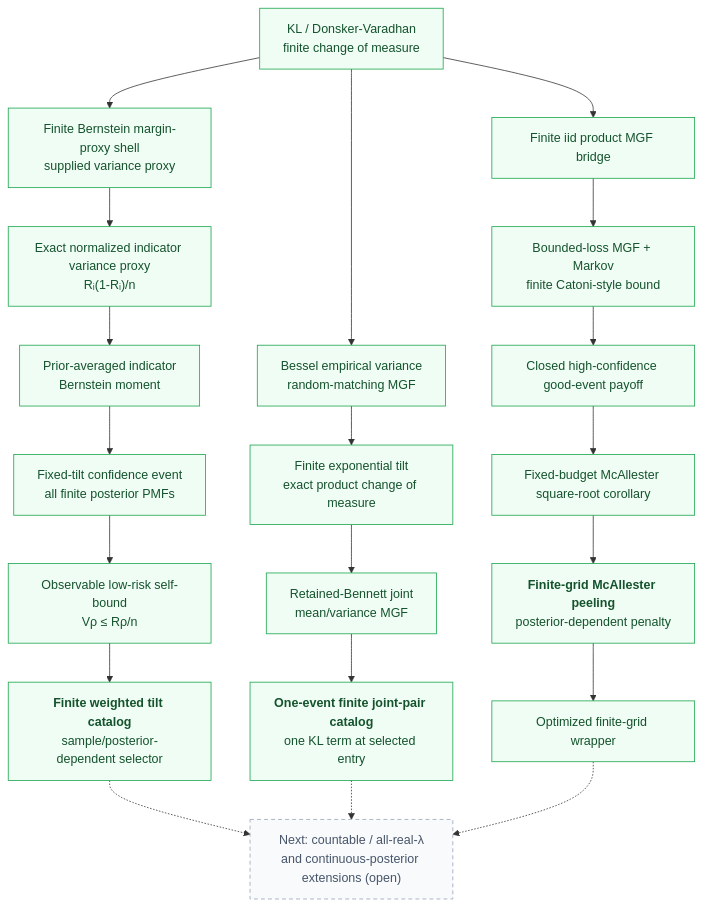
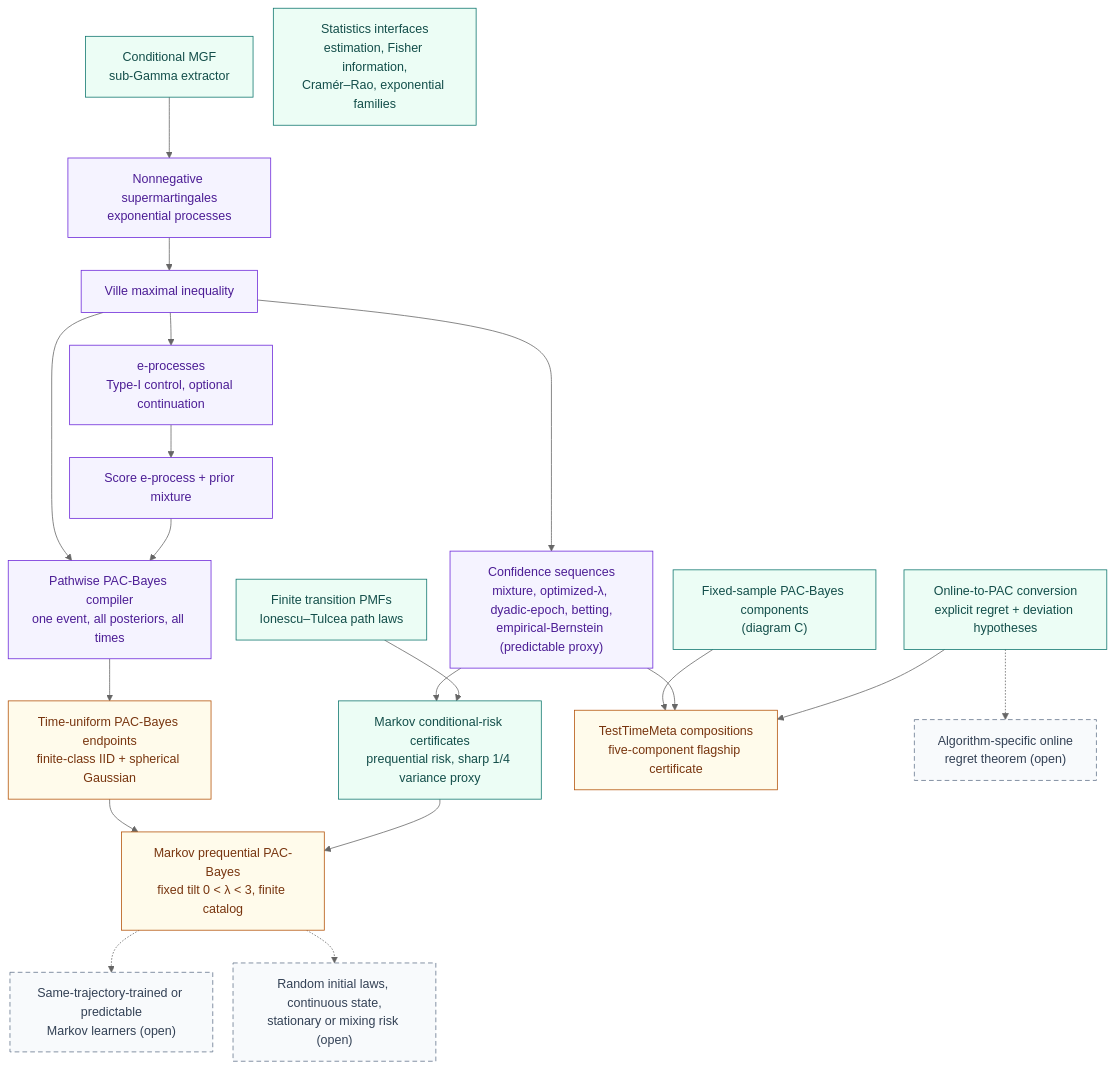
One commit to Robby955/FormalSLT changed the fourth of 4 diagrams in docs/diagrams.md. Above: the diagram before and after it, drawn with Mermaid. The commit also changed other lines of this file and 4 other files, not shown here.

First line of the commit message:
docs: refresh visual theorem map to current checked surface

````diff
--- a/docs/diagrams.md
+++ b/docs/diagrams.md
@@ -195,33 +176,50 @@
 ```mermaid
+%%{init: {'theme': 'neutral', 'flowchart': {'rankSpacing': 42, 'nodeSpacing': 26}}}%%
 flowchart TD
-    kl["KL / Donsker-Varadhan<br/>finite change of measure"]
-    mgf["Finite iid product MGF bridge"]
-    catoni["Bounded-loss MGF + Markov<br/>finite Catoni-style bound"]
-    payoff["Closed high-confidence good-event payoff"]
-    fixed["Fixed-budget McAllester square-root corollary"]
-    peeling["<b>Finite-grid McAllester peeling</b><br/>posterior-dependent penalty"]
-    optimized["Optimized finite-grid wrapper"]
-    bernstein["Finite Bernstein margin-proxy shell<br/>supplied variance proxy"]
-    variance["Exact normalized indicator variance proxy<br/>Rᵢ(1-Rᵢ)/n"]
-    moment["Prior-averaged indicator<br/>Bernstein moment"]
-    confidence["Fixed-tilt confidence event<br/>all finite posterior PMFs"]
-    lowrisk["Observable low-risk self-bound<br/>Vρ ≤ Rρ/n"]
-    catalog["<b>Finite weighted tilt catalog</b><br/>sample/posterior-dependent selector"]
-    empvar["Bessel empirical variance<br/>random-matching MGF"]
-    exptilt["Finite exponential tilt<br/>exact product change of measure"]
-    jointmgf["Retained-Bennett joint<br/>mean/variance MGF"]
-    jointcatalog["<b>One-event finite joint-pair catalog</b><br/>one KL term at selected entry"]
-    future["Next: countable / all-real-λ<br/>and continuous-posterior extensions (open)"]
+    condmgf["Conditional MGF<br/>sub-Gamma extractor"]
+    supermart["Nonnegative supermartingales<br/>exponential processes"]
+    ville["Ville maximal inequality"]
+    eproc["e-processes<br/>Type-I control, optional continuation"]
+    cs["Confidence sequences<br/>mixture, optimized-λ, dyadic-epoch, betting,<br/>empirical-Bernstein (predictable proxy)"]
+    score["Score e-process + prior mixture"]
+    pathwise["Pathwise PAC-Bayes compiler<br/>one event, all posteriors, all times"]
+    tu["Time-uniform PAC-Bayes endpoints<br/>finite-class IID + spherical Gaussian"]
+    pathlaw["Finite transition PMFs<br/>Ionescu–Tulcea path laws"]
+    markovrisk["Markov conditional-risk certificates<br/>prequential risk, sharp 1/4 variance proxy"]
+    markovpb["Markov prequential PAC-Bayes<br/>fixed tilt 0 &lt; λ &lt; 3, finite catalog"]
+    otp["Online-to-PAC conversion<br/>explicit regret + deviation hypotheses"]
+    stats["Statistics interfaces<br/>estimation, Fisher information,<br/>Cramér–Rao, exponential families"]
+    pbc["Fixed-sample PAC-Bayes components<br/>(diagram C)"]
+    ttm["TestTimeMeta compositions<br/>five-component flagship certificate"]
+    markovopen1["Same-trajectory-trained or predictable<br/>Markov learners (open)"]
+    markovopen2["Random initial laws, continuous state,<br/>stationary or mixing risk (open)"]
+    otpopen["Algorithm-specific online<br/>regret theorem (open)"]
 
-    kl --> mgf --> catoni --> payoff --> fixed --> peeling --> optimized
-    kl --> bernstein --> variance --> moment --> confidence --> lowrisk --> catalog
-    kl --> empvar --> exptilt --> jointmgf --> jointcatalog
-    catalog -.-> future
-    jointcatalog -.-> future
-    optimized -.-> future
+    condmgf --> supermart
+    supermart --> ville
+    ville --> eproc
+    ville --> cs
+    eproc --> score
+    score --> pathwise
+    ville --> pathwise
+    pathwise --> tu
+    pathlaw --> markovrisk
+    cs --> markovrisk
+    markovrisk --> markovpb
+    tu --> markovpb
+    otp --> ttm
+    cs --> ttm
+    pbc --> ttm
+    markovpb -.-> markovopen1
+    markovpb -.-> markovopen2
+    otp -.-> otpopen
 
-    classDef verified fill:#f0fdf4,stroke:#16a34a,color:#14532d;
-    classDef future fill:#f8fafc,stroke:#94a3b8,color:#475569,stroke-dasharray: 5 4;
-    class kl,mgf,catoni,payoff,fixed,peeling,optimized,bernstein,variance,moment,confidence,lowrisk,catalog,empvar,exptilt,jointmgf,jointcatalog verified;
-    class future future;
+    classDef checked fill:#ecfdf5,stroke:#0f766e,color:#134e4a;
+    classDef sequential fill:#f5f3ff,stroke:#6d28d9,color:#4c1d95;
+    classDef endpointNode fill:#fffbeb,stroke:#b45309,color:#78350f;
+    classDef open fill:#f8fafc,stroke:#64748b,color:#334155,stroke-dasharray:6 4;
+    class condmgf,pathlaw,markovrisk,otp,stats,pbc checked;
+    class supermart,ville,eproc,cs,score,pathwise sequential;
+    class tu,markovpb,ttm endpointNode;
+    class markovopen1,markovopen2,otpopen open;
 ```
````
